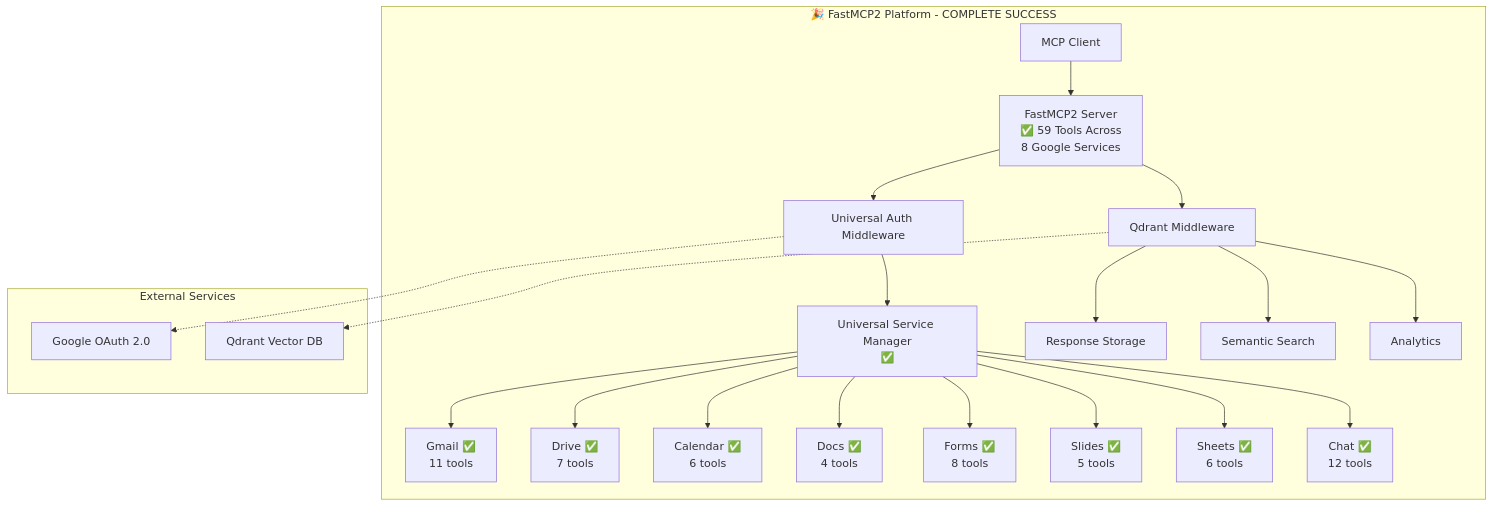
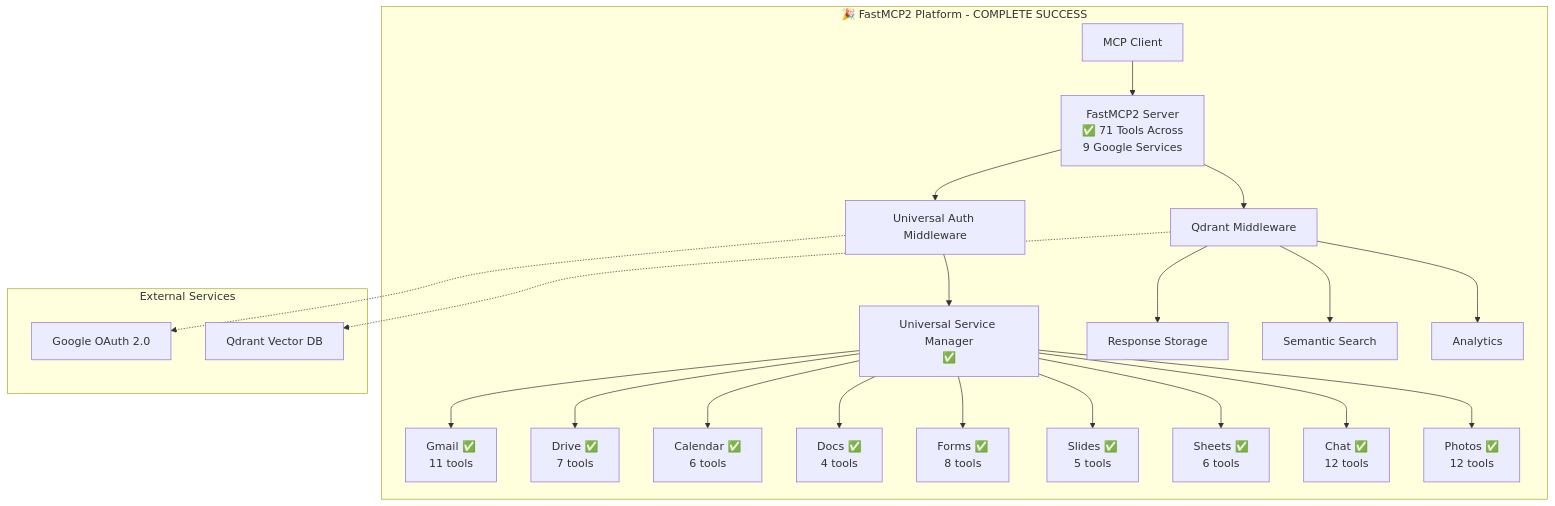
Before and after one commit to dipseth/google_workspace_fastmcp2: the first of 5 diagrams in README.md, drawn with Mermaid. The commit also changed other lines of this file and 21 other files, not shown here.

````diff
--- a/README.md
+++ b/README.md
@@ -66,30 +66,31 @@
 ```mermaid
 graph TB
     subgraph "🎉 FastMCP2 Platform - COMPLETE SUCCESS"
-        A[MCP Client] --> B[FastMCP2 Server<br/>✅ 59 Tools Across<br/>8 Google Services]
+        A[MCP Client] --> B[FastMCP2 Server<br/>✅ 71 Tools Across<br/>9 Google Services]
         B --> C[Universal Auth Middleware]
         B --> D[Qdrant Middleware]
         
         C --> E[Universal Service Manager<br/>✅  ]
         E --> F[Gmail ✅<br/>11 tools]
         E --> G[Drive ✅<br/>7 tools]
         E --> H[Calendar ✅<br/>6 tools]
         E --> I[Docs ✅<br/>4 tools]
         E --> J[Forms ✅<br/>8 tools]
         E --> K[Slides ✅<br/>5 tools]
         E --> L[Sheets ✅<br/>6 tools]
         E --> M[Chat ✅<br/>12 tools]
+        E --> N[Photos ✅<br/>12 tools]
         
-        D --> N[Response Storage]
-        D --> O[Semantic Search]
-        D --> P[Analytics]
+        D --> O[Response Storage]
+        D --> P[Semantic Search]
+        D --> Q[Analytics]
     end
     
     subgraph "External Services"
-        Q[Google OAuth 2.0]
-        R[Qdrant Vector DB]
+        R[Google OAuth 2.0]
+        S[Qdrant Vector DB]
     end
     
-    C -.-> Q
-    D -.-> R
+    C -.-> R
+    D -.-> S
 ```
````
